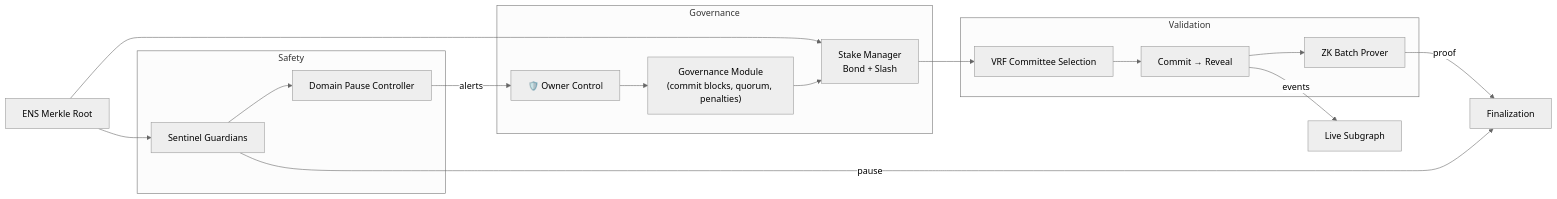
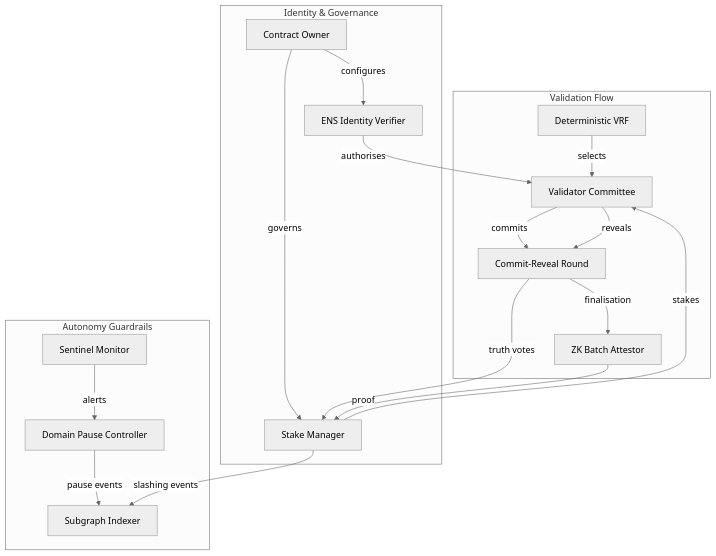
One commit to MontrealAI/AGIJobsv0 changed the first of 2 diagrams in demo/Validator-Constellation-v0/README.md. Above: the diagram before and after it, drawn with Mermaid (neutral theme). The commit also changed other lines of this file and 23 other files, not shown here.

````diff
--- a/demo/Validator-Constellation-v0/README.md
+++ b/demo/Validator-Constellation-v0/README.md
@@ -7,21 +35,35 @@
 ```mermaid
-flowchart LR
-  subgraph Governance
-    Owner["🛡️ Owner Control"] --> Params["Governance Module\n(commit blocks, quorum, penalties)"]
-    Params --> StakeManager
-  end
-  subgraph Validation
-    StakeManager["Stake Manager\nBond + Slash"] --> VRF["VRF Committee Selection"]
-    VRF --> CommitReveal["Commit → Reveal"]
-    CommitReveal --> ZKBatch["ZK Batch Prover"]
-  end
-  subgraph Safety
-    Sentinels["Sentinel Guardians"] --> DomainPause["Domain Pause Controller"]
-    DomainPause -->|alerts| Owner
-  end
-  ENSRoot["ENS Merkle Root"] --> StakeManager
-  ENSRoot --> Sentinels
-  CommitReveal -->|events| Subgraph["Live Subgraph"]
-  ZKBatch -->|proof| Finality["Finalization"]
-  Sentinels -->|pause| Finality
+graph TD
+    subgraph Identity & Governance
+        Owner[Contract Owner]
+        ENSVerifier[ENS Identity Verifier]
+        StakeMgr[Stake Manager]
+        Owner -->|configures| ENSVerifier
+        Owner -->|governs| StakeMgr
+    end
+
+    subgraph Validation Flow
+        VRF[Deterministic VRF]
+        Committee[Validator Committee]
+        CommitReveal[Commit-Reveal Round]
+        ZKBatch[ZK Batch Attestor]
+    end
+
+    subgraph Autonomy Guardrails
+        Sentinel[Sentinel Monitor]
+        PauseCtrl[Domain Pause Controller]
+        SubgraphIndexer[Subgraph Indexer]
+    end
+
+    ENSVerifier -->|authorises| Committee
+    StakeMgr -->|stakes| Committee
+    VRF -->|selects| Committee
+    Committee -->|commits| CommitReveal
+    Committee -->|reveals| CommitReveal
+    CommitReveal -->|truth votes| StakeMgr
+    CommitReveal -->|finalisation| ZKBatch
+    ZKBatch -->|proof| StakeMgr
+    Sentinel -->|alerts| PauseCtrl
+    PauseCtrl -->|pause events| SubgraphIndexer
+    StakeMgr -->|slashing events| SubgraphIndexer
 ```
````
